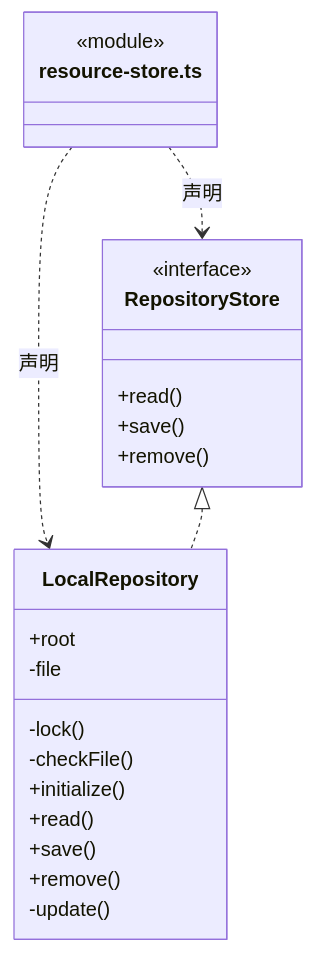
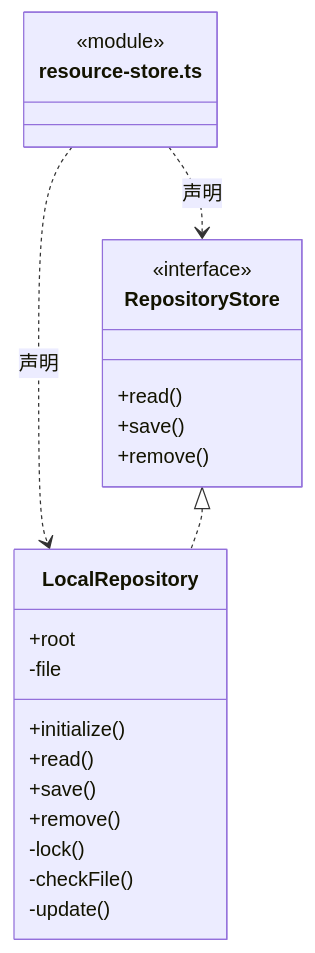
Before and after one commit to nan023062/cbim: the fifth of 7 diagrams in src/backend/main/resources/ARCHITECTURE.md, drawn with Mermaid. The commit also changed other lines of this file and 240 other files, not shown here.

````diff
--- a/src/backend/main/resources/ARCHITECTURE.md
+++ b/src/backend/main/resources/ARCHITECTURE.md
@@ -81,26 +113,26 @@
 ```mermaid
 classDiagram
 class N_src_backend_main_resources_resource_store_ts["resource-store.ts"] {
   <<module>>
 }
 class N_src_backend_main_resources_resource_store_ts_RepositoryStore["RepositoryStore"] {
   <<interface>>
   +read()
   +save()
   +remove()
 }
 N_src_backend_main_resources_resource_store_ts ..> N_src_backend_main_resources_resource_store_ts_RepositoryStore : 声明
 class N_src_backend_main_resources_resource_store_ts_LocalRepository["LocalRepository"] {
   +root
-  -file
-  -lock()
-  -checkFile()
   +initialize()
   +read()
   +save()
   +remove()
+  -file
+  -lock()
+  -checkFile()
   -update()
 }
 N_src_backend_main_resources_resource_store_ts ..> N_src_backend_main_resources_resource_store_ts_LocalRepository : 声明
 N_src_backend_main_resources_resource_store_ts_RepositoryStore <|.. N_src_backend_main_resources_resource_store_ts_LocalRepository
 ```
````
